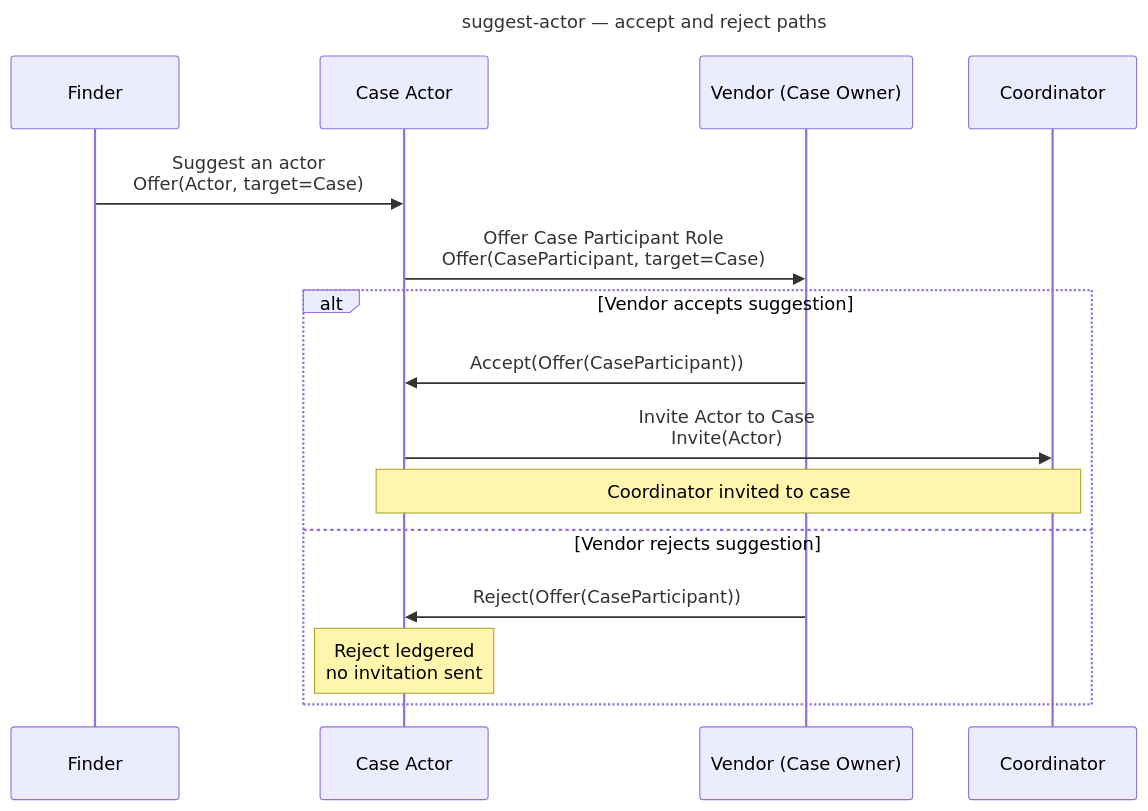
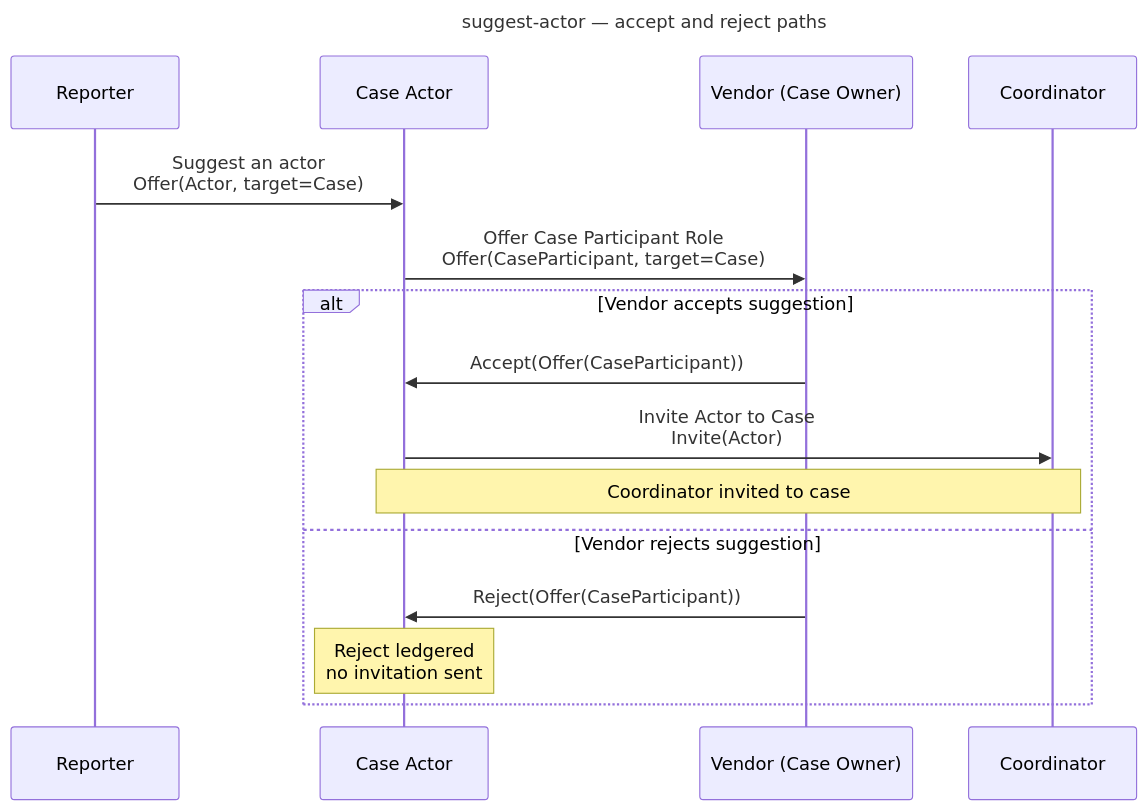
One commit to CERTCC/Vultron changed the second of 9 diagrams in docs/tutorials/other_demos.md. Above: the diagram before and after it, drawn with Mermaid. The commit also changed other lines of this file and 12 other files, not shown here.

````diff
--- a/docs/tutorials/other_demos.md
+++ b/docs/tutorials/other_demos.md
@@ -127,21 +127,21 @@
 ```mermaid
 ---
 title: suggest-actor — accept and reject paths
 ---
 sequenceDiagram
-    participant F as Finder
+    participant R as Reporter
     participant CA as Case Actor
     participant V as Vendor (Case Owner)
     participant C as Coordinator
 
-    F->>CA: Suggest an actor<br/>Offer(Actor, target=Case)
+    R->>CA: Suggest an actor<br/>Offer(Actor, target=Case)
     CA->>V: Offer Case Participant Role<br/>Offer(CaseParticipant, target=Case)
     alt Vendor accepts suggestion
         V->>CA: Accept(Offer(CaseParticipant))
         CA->>C: Invite Actor to Case<br/>Invite(Actor)
         Note over CA,C: Coordinator invited to case
     else Vendor rejects suggestion
         V->>CA: Reject(Offer(CaseParticipant))
         Note over CA: Reject ledgered<br/>no invitation sent
     end
 ```
````
